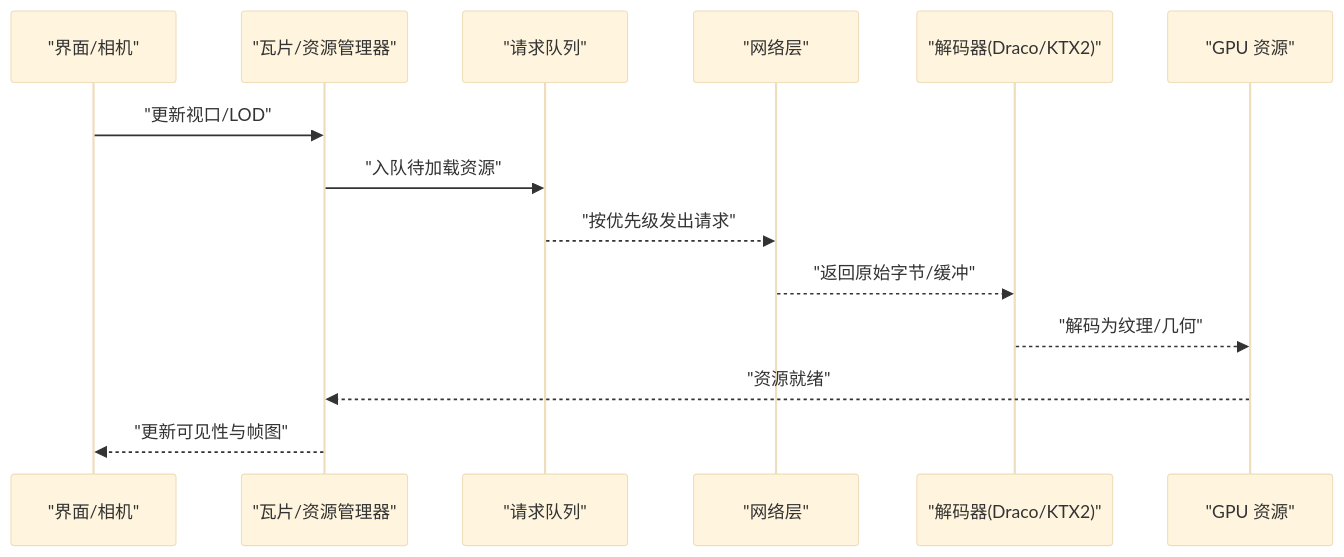
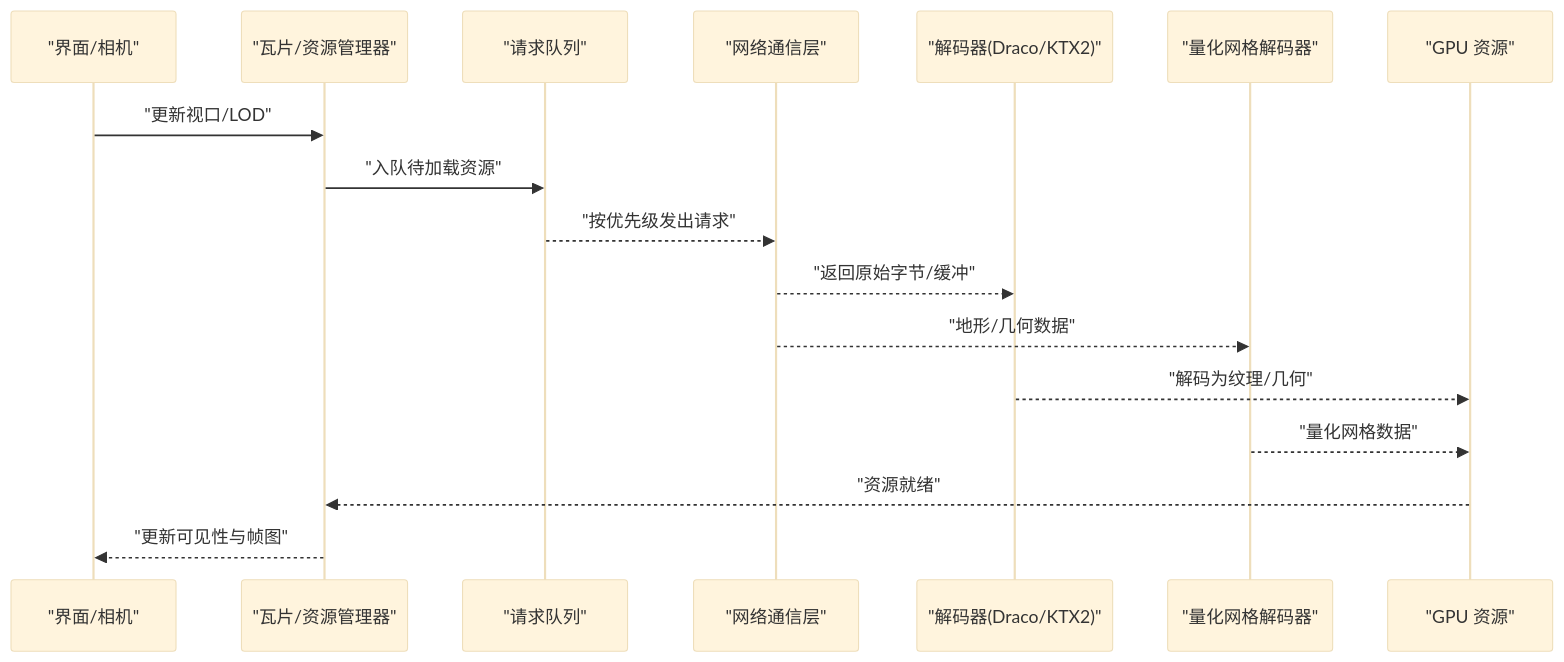
One commit to rzhangjing/cesium changed the second of 8 diagrams in .qoder/repowiki/zh/content/性能优化/数据加载优化/数据加载优化.md. Above: the diagram before and after it, drawn with Mermaid (base theme). The commit also changed other lines of this file and 92 other files, not shown here.

````diff
--- a/.qoder/repowiki/zh/content/性能优化/数据加载优化/数据加载优化.md
+++ b/.qoder/repowiki/zh/content/性能优化/数据加载优化/数据加载优化.md
@@ -89,16 +106,19 @@
 ```mermaid
 sequenceDiagram
 participant UI as "界面/相机"
 participant TM as "瓦片/资源管理器"
 participant Q as "请求队列"
-participant Net as "网络层"
+participant Net as "网络通信层"
 participant Dec as "解码器(Draco/KTX2)"
+participant QMD as "量化网格解码器"
 participant GPU as "GPU 资源"
 UI->>TM : "更新视口/LOD"
 TM->>Q : "入队待加载资源"
 Q-->>Net : "按优先级发出请求"
 Net-->>Dec : "返回原始字节/缓冲"
+Net-->>QMD : "地形/几何数据"
 Dec-->>GPU : "解码为纹理/几何"
+QMD-->>GPU : "量化网格数据"
 GPU-->>TM : "资源就绪"
 TM-->>UI : "更新可见性与帧图"
 ```
````
